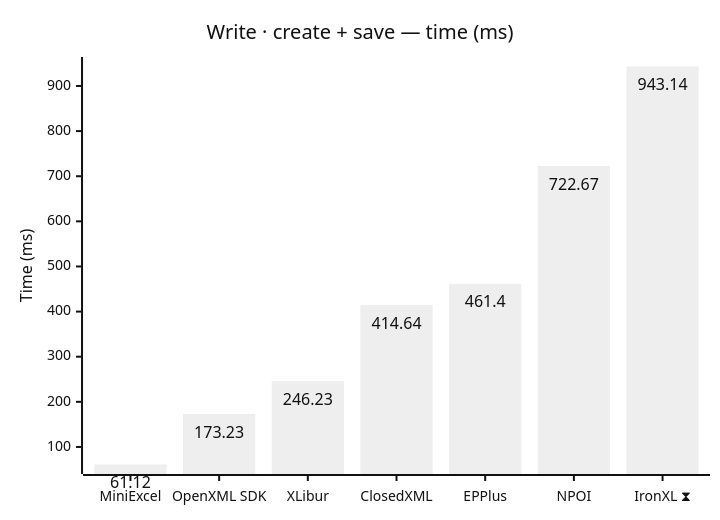
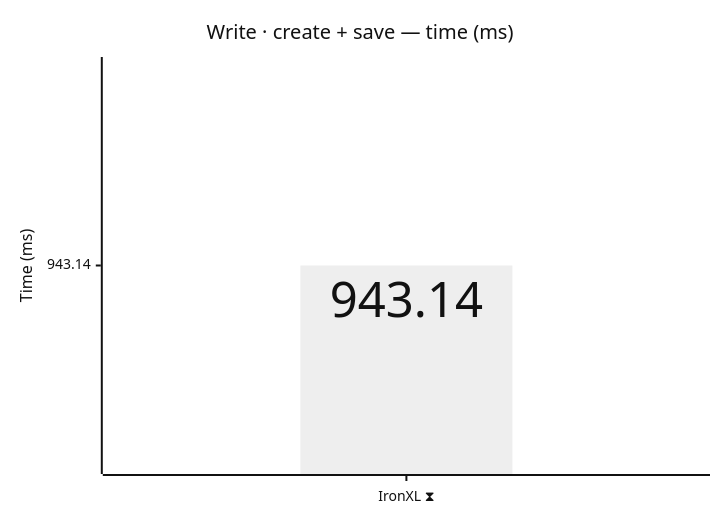
One commit to jafin/XLBench changed the fifth of 12 diagrams in docs/results.md. Above: the diagram before and after it, drawn with Mermaid (neutral theme). The commit also changed other lines of this file and 2 other files, not shown here.

First line of the commit message:
chore(deps): bump XLibur to 0.310.1-beta.5 and republish

````diff
--- a/docs/results.md
+++ b/docs/results.md
@@ -91,12 +91,12 @@
 ```mermaid
 ---
 config:
   xyChart:
     showDataLabel: true
 ---
 xychart-beta
     title "Write · create + save — time (ms)"
-    x-axis ["MiniExcel", "OpenXML SDK", "XLibur", "ClosedXML", "EPPlus", "NPOI", "IronXL ⧗"]
+    x-axis ["IronXL ⧗"]
     y-axis "Time (ms)"
-    bar [61.12, 173.23, 246.23, 414.64, 461.4, 722.67, 943.14]
+    bar [943.14]
 ```
````
